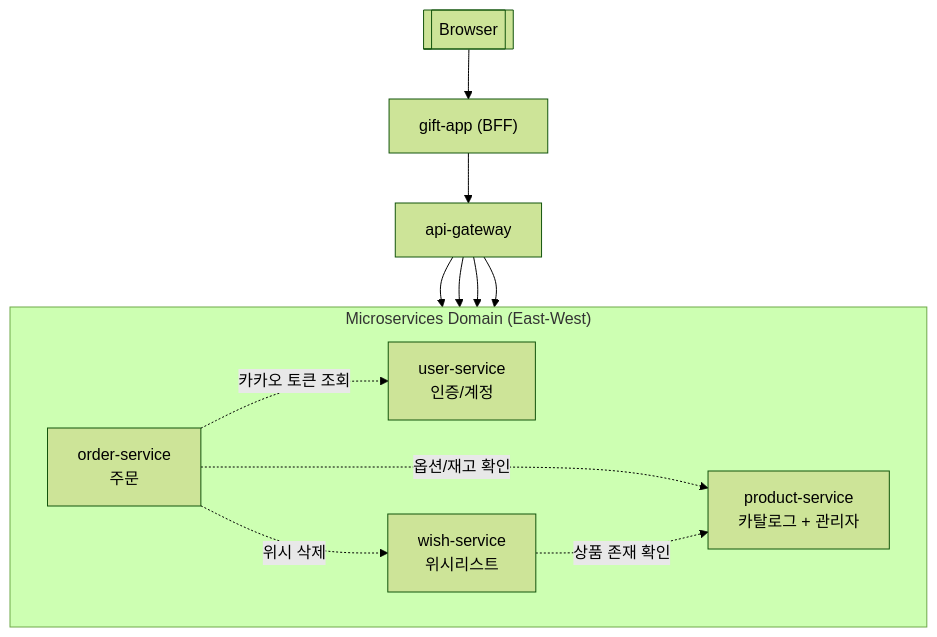
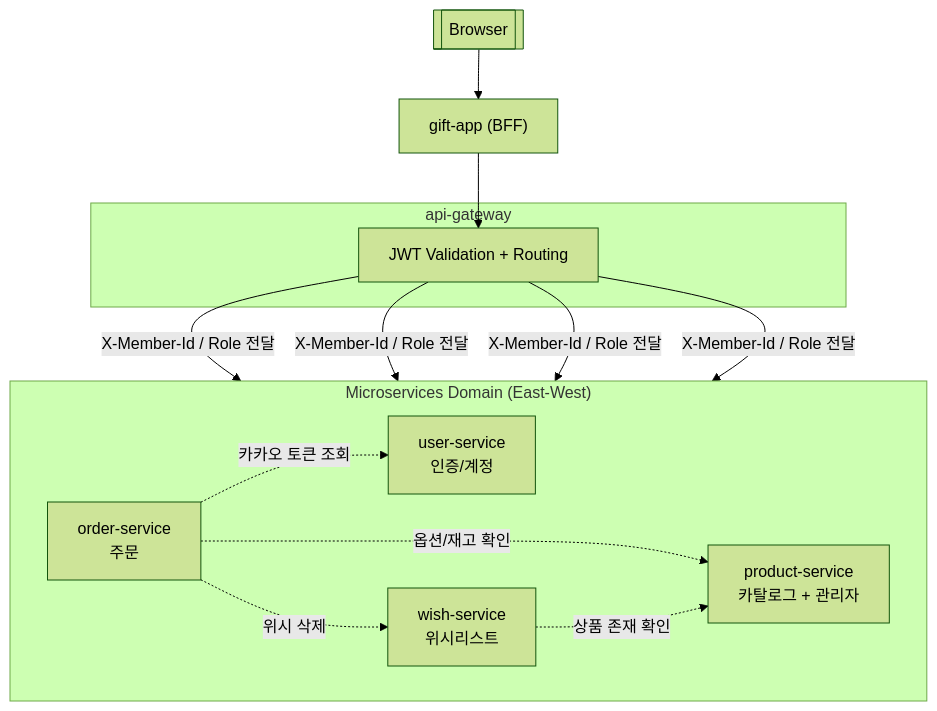
One commit to PNU-Triton-capstone-2025/msa-kakao-gift changed the diagram in README.md. Above: the diagram before and after it, drawn with Mermaid (forest theme).

Commit message:
Revise API Gateway connections in README
Updated the API Gateway interactions and clarified internal communication in the MSA topology diagram.

````diff
--- a/README.md
+++ b/README.md
@@ -4,30 +4,38 @@
 ```mermaid
 flowchart TB
+
     %% North-South 영역
     Browser[[Browser]]
     GiftApp["gift-app (BFF)"]
-    APIGW["api-gateway"]
+
+    subgraph GW["api-gateway"]
+        APIGW["JWT Validation + Routing"]
+    end
 
     Browser --> GiftApp --> APIGW
+
 
     %% East-West 영역 (서비스 도메인)
     subgraph Services["Microservices Domain (East-West)"]
         direction LR
         UserSvc["user-service<br/>인증/계정"]
         ProductSvc["product-service<br/>카탈로그 + 관리자"]
         WishSvc["wish-service<br/>위시리스트"]
         OrderSvc["order-service<br/>주문"]
     end
 
-    %% Gateway → Services (North-South 진입)
-    APIGW --> UserSvc
-    APIGW --> ProductSvc
-    APIGW --> WishSvc
-    APIGW --> OrderSvc
 
-    %% East-West 내부 통신 (점선)
+    %% Gateway → Services (North-South)
+    APIGW -->|X-Member-Id / Role 전달| UserSvc
+    APIGW -->|X-Member-Id / Role 전달| ProductSvc
+    APIGW -->|X-Member-Id / Role 전달| WishSvc
+    APIGW -->|X-Member-Id / Role 전달| OrderSvc
+
+
+    %% East-West 내부 통신 (직접 RestClient 호출)
     OrderSvc -. "옵션/재고 확인" .-> ProductSvc
     OrderSvc -. "위시 삭제" .-> WishSvc
     OrderSvc -. "카카오 토큰 조회" .-> UserSvc
     WishSvc -. "상품 존재 확인" .-> ProductSvc
+
 ```
````
